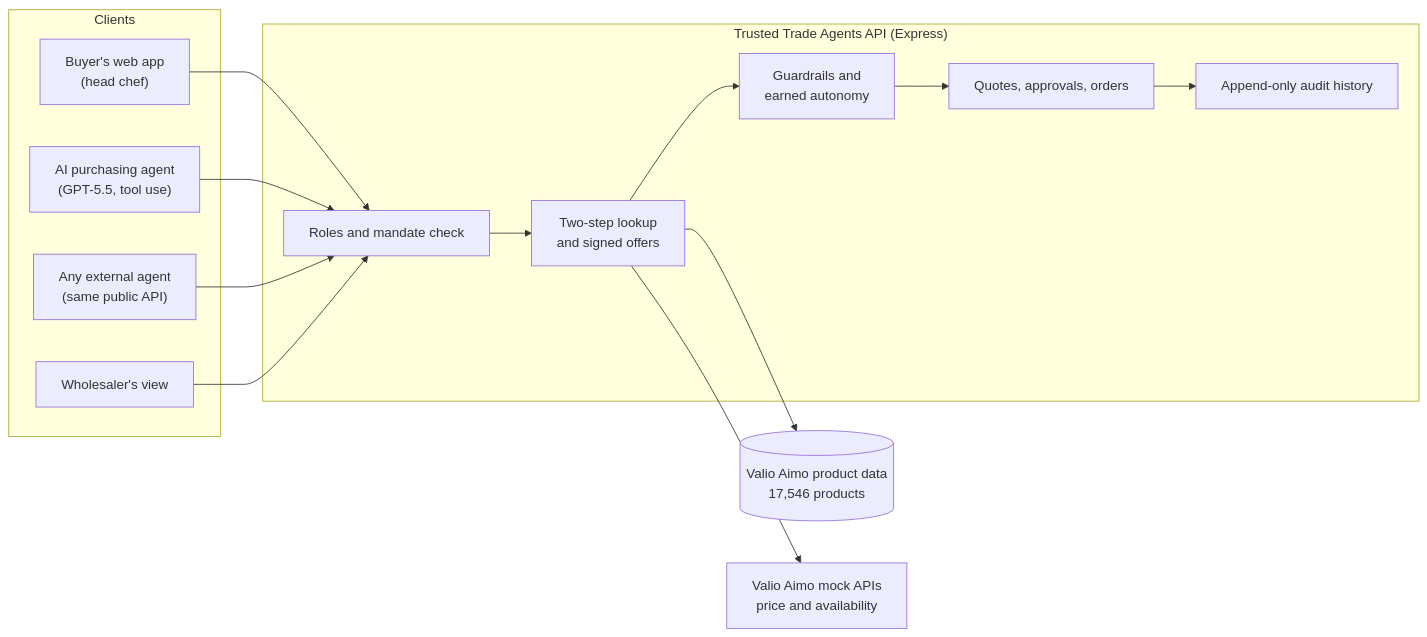
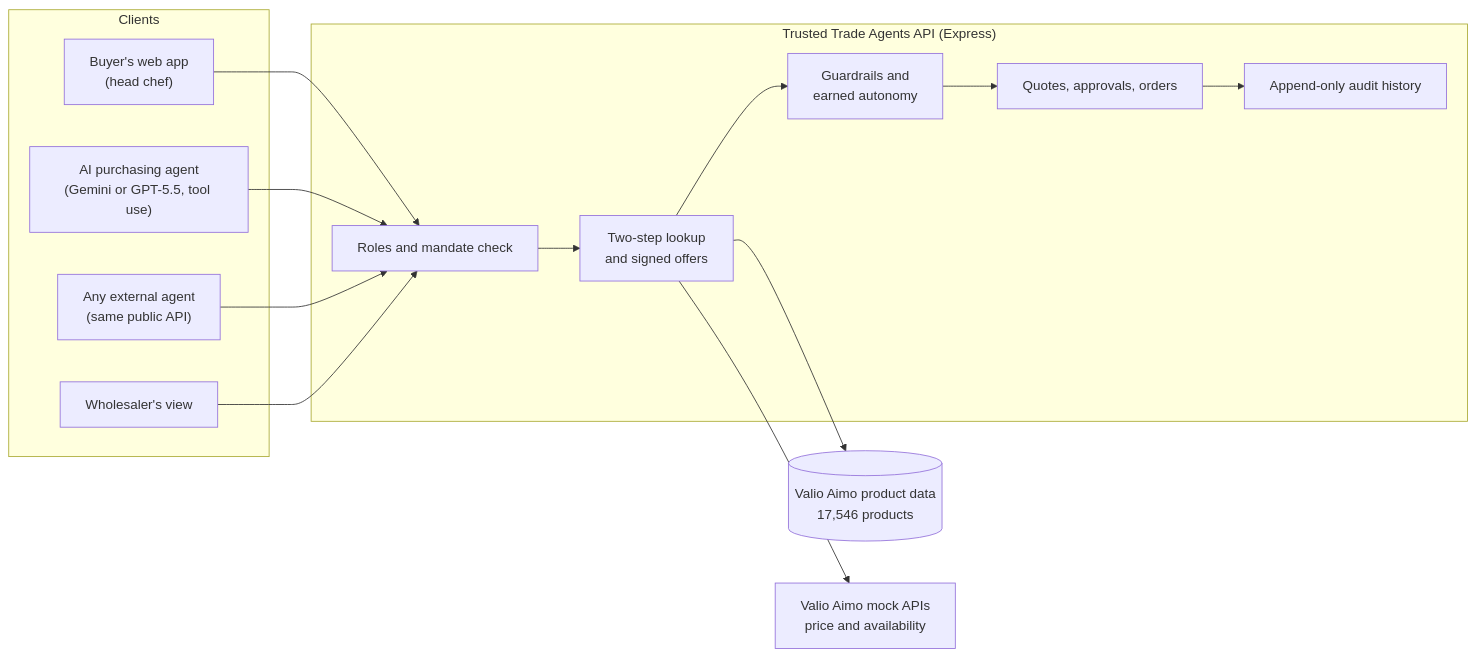
The first of 2 diagrams in docs/architecture.md (llooppuu/Junction-Valio-Aimo), drawn with Mermaid before and after one commit. The commit also changed other lines of this file and 18 other files, not shown here.

First line of the commit message:
Run the agent, list photos, and search by meaning on Gemini

````diff
--- a/docs/architecture.md
+++ b/docs/architecture.md
@@ -5,26 +5,26 @@
 ```mermaid
 flowchart LR
   subgraph Clients
     Buyer["Buyer's web app<br/>(head chef)"]
-    Agent["AI purchasing agent<br/>(GPT-5.5, tool use)"]
+    Agent["AI purchasing agent<br/>(Gemini or GPT-5.5, tool use)"]
     Ext["Any external agent<br/>(same public API)"]
     WS["Wholesaler's view"]
   end
   subgraph Server["Trusted Trade Agents API (Express)"]
     Auth["Roles and mandate check"]
     Market["Two-step lookup<br/>and signed offers"]
     Rules["Guardrails and<br/>earned autonomy"]
     Quotes["Quotes, approvals, orders"]
     Audit["Append-only audit history"]
   end
   Catalog[("Valio Aimo product data<br/>17,546 products")]
   Valio["Valio Aimo mock APIs<br/>price and availability"]
 
   Buyer --> Auth
   Agent --> Auth
   Ext --> Auth
   WS --> Auth
   Auth --> Market --> Rules --> Quotes --> Audit
   Market --> Catalog
   Market --> Valio
 ```
````
